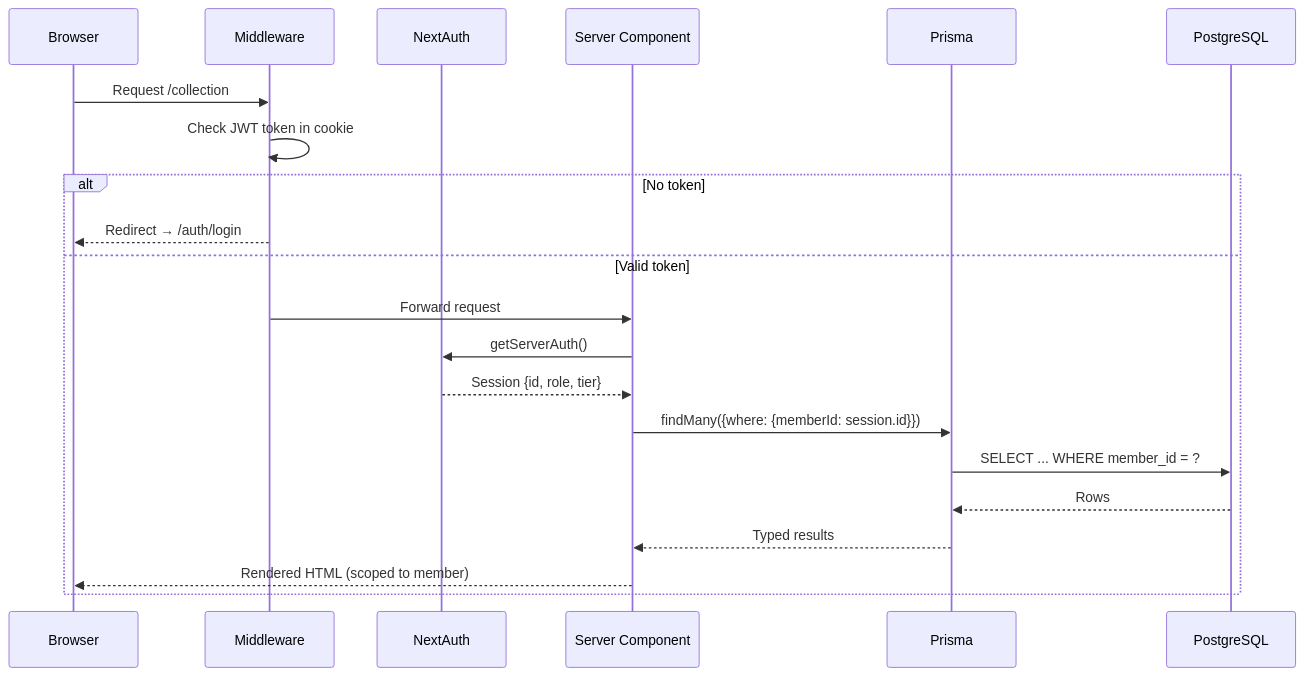
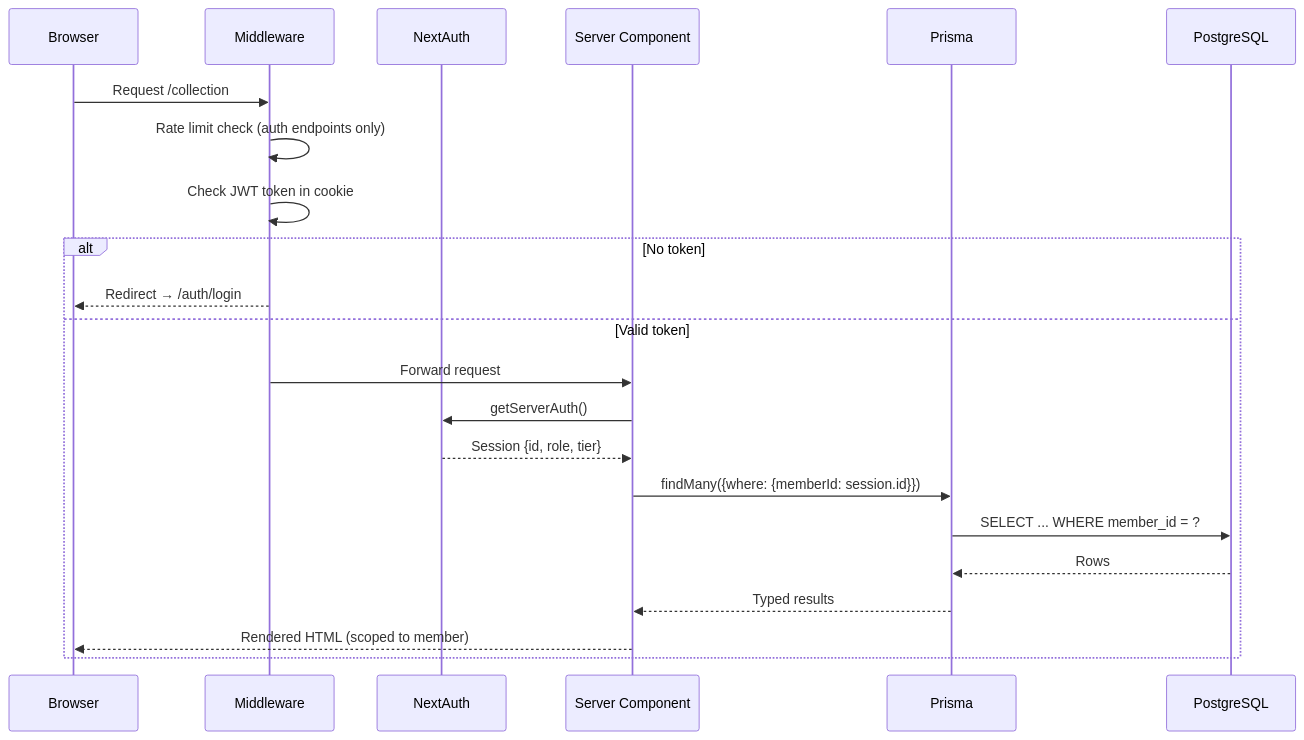
One commit to nathanielsohn/caveau-app changed the fourth of 4 diagrams in docs/ARCHITECTURE.md. Above: the diagram before and after it, drawn with Mermaid. The commit also changed other lines of this file and 15 other files, not shown here.

````diff
--- a/docs/ARCHITECTURE.md
+++ b/docs/ARCHITECTURE.md
@@ -132,24 +137,25 @@
 ```mermaid
 sequenceDiagram
     participant B as Browser
     participant MW as Middleware
     participant NA as NextAuth
     participant SC as Server Component
     participant P as Prisma
     participant DB as PostgreSQL
 
     B->>MW: Request /collection
+    MW->>MW: Rate limit check (auth endpoints only)
     MW->>MW: Check JWT token in cookie
     alt No token
         MW-->>B: Redirect → /auth/login
     else Valid token
         MW->>SC: Forward request
         SC->>NA: getServerAuth()
         NA-->>SC: Session {id, role, tier}
         SC->>P: findMany({where: {memberId: session.id}})
         P->>DB: SELECT ... WHERE member_id = ?
         DB-->>P: Rows
         P-->>SC: Typed results
         SC-->>B: Rendered HTML (scoped to member)
     end
 ```
````
